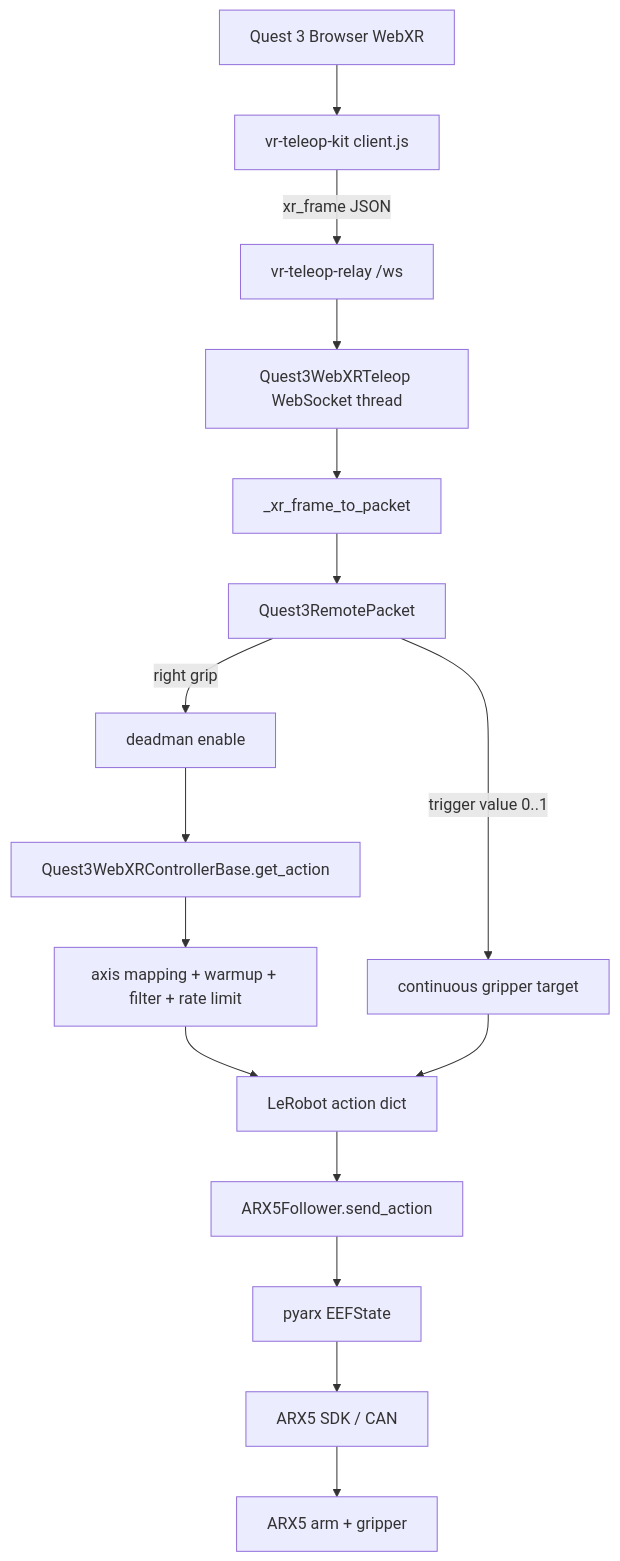
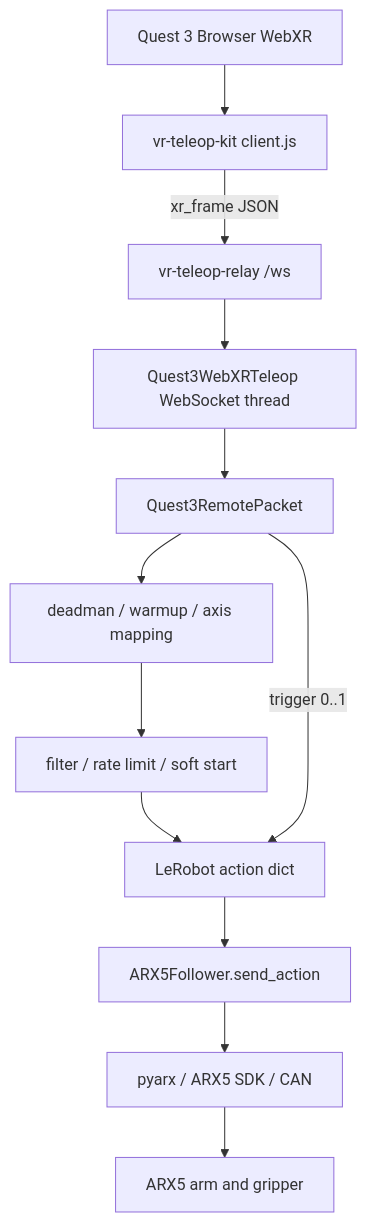
The diagram in README.md (etince11e/arx5-webxr-teleop), drawn with Mermaid before and after one commit. The commit also changed other lines of this file and 5 other files, not shown here.

````diff
--- a/README.md
+++ b/README.md
@@ -350,18 +175,14 @@
 ```mermaid
 flowchart TD
     A[Quest 3 Browser WebXR] --> B[vr-teleop-kit client.js]
     B -->|xr_frame JSON| C[vr-teleop-relay /ws]
     C --> D[Quest3WebXRTeleop WebSocket thread]
-    D --> E[_xr_frame_to_packet]
-    E --> F[Quest3RemotePacket]
-    F -->|right grip| G[deadman enable]
-    F -->|trigger value 0..1| H[continuous gripper target]
-    G --> I[Quest3WebXRControllerBase.get_action]
-    I --> J[axis mapping + warmup + filter + rate limit]
-    J --> K[LeRobot action dict]
-    H --> K
-    K --> L[ARX5Follower.send_action]
-    L --> M[pyarx EEFState]
-    M --> N[ARX5 SDK / CAN]
-    N --> O[ARX5 arm + gripper]
+    D --> E[Quest3RemotePacket]
+    E --> F[deadman / warmup / axis mapping]
+    F --> G[filter / rate limit / soft start]
+    G --> H[LeRobot action dict]
+    E -->|trigger 0..1| H
+    H --> I[ARX5Follower.send_action]
+    I --> J[pyarx / ARX5 SDK / CAN]
+    J --> K[ARX5 arm and gripper]
 ```
````
